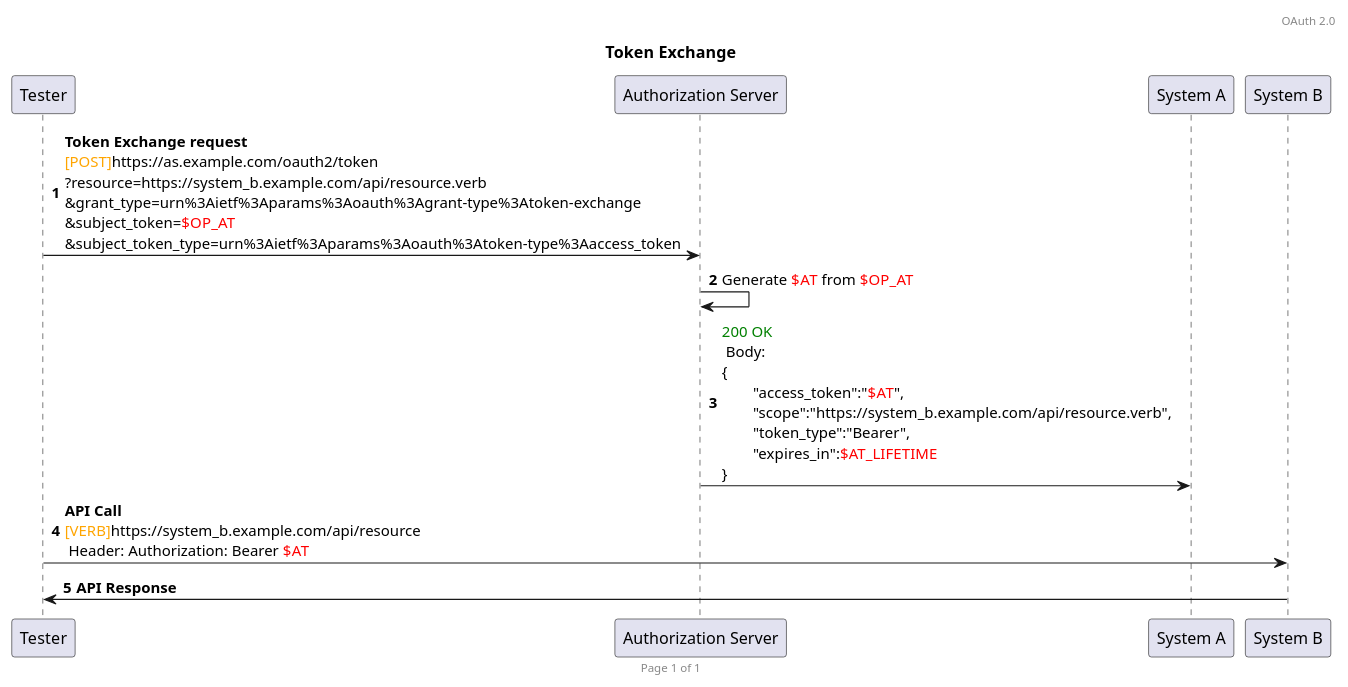
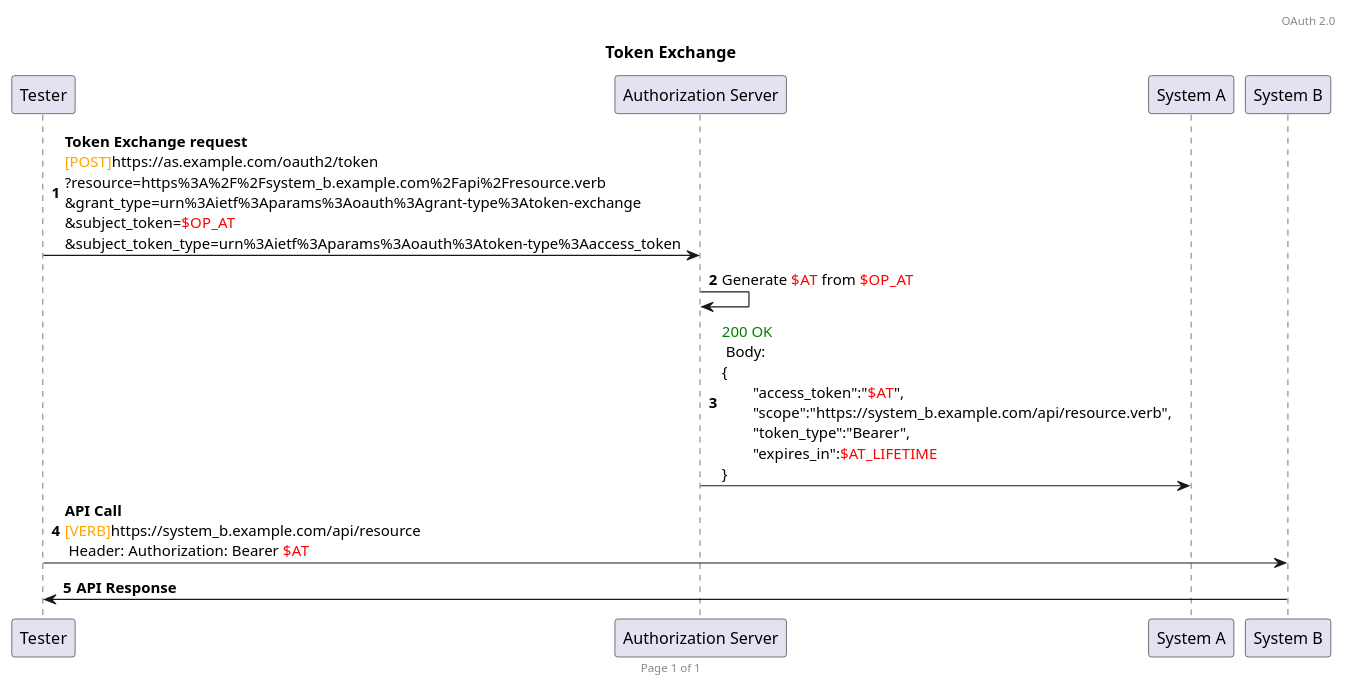
Before and after one commit to HenriLefevrePro/Articles: the diagram in plantuml/oauth2/token_exchange_system_impersonation.plantuml, drawn with PlantUML.

```diff
--- a/plantuml/oauth2/token_exchange_system_impersonation.plantuml
+++ b/plantuml/oauth2/token_exchange_system_impersonation.plantuml
@@ -1,20 +1,20 @@
 @startuml
 
 header OAuth 2.0
 footer Page %page% of %lastpage%
 
 title Token Exchange
 autonumber
 
 participant T as "Tester"
 participant Auth as "Authorization Server"
 participant A as "System A"
 participant B as "System B"
 
-T -> Auth : **Token Exchange request**\n<font color=orange>[POST]</font>https://as.example.com/oauth2/token\n?resource=https://system_b.example.com/api/resource.verb\n&grant_type=urn%3Aietf%3Aparams%3Aoauth%3Agrant-type%3Atoken-exchange\n&subject_token=<font color=red>$OP_AT</font>\n&subject_token_type=urn%3Aietf%3Aparams%3Aoauth%3Atoken-type%3Aaccess_token
+T -> Auth : **Token Exchange request**\n<font color=orange>[POST]</font>https://as.example.com/oauth2/token\n?resource=https%3A%2F%2Fsystem_b.example.com%2Fapi%2Fresource.verb\n&grant_type=urn%3Aietf%3Aparams%3Aoauth%3Agrant-type%3Atoken-exchange\n&subject_token=<font color=red>$OP_AT</font>\n&subject_token_type=urn%3Aietf%3Aparams%3Aoauth%3Atoken-type%3Aaccess_token
 Auth -> Auth : Generate <font color=red>$AT</font> from <font color=red>$OP_AT</font>
 Auth -> A : <font color=green>200 OK</font> \n Body: \n{\n\t"access_token":"<font color=red>$AT</font>",\n\t"scope":"https://system_b.example.com/api/resource.verb",\n\t"token_type":"Bearer",\n\t"expires_in":<font color=red>$AT_LIFETIME</font>\n}
 
 T -> B : **API Call** \n<font color=orange>[VERB]</font>https://system_b.example.com/api/resource\n Header: Authorization: Bearer <font color=red>$AT</font>
 B -> T : **API Response**
 @enduml
```
